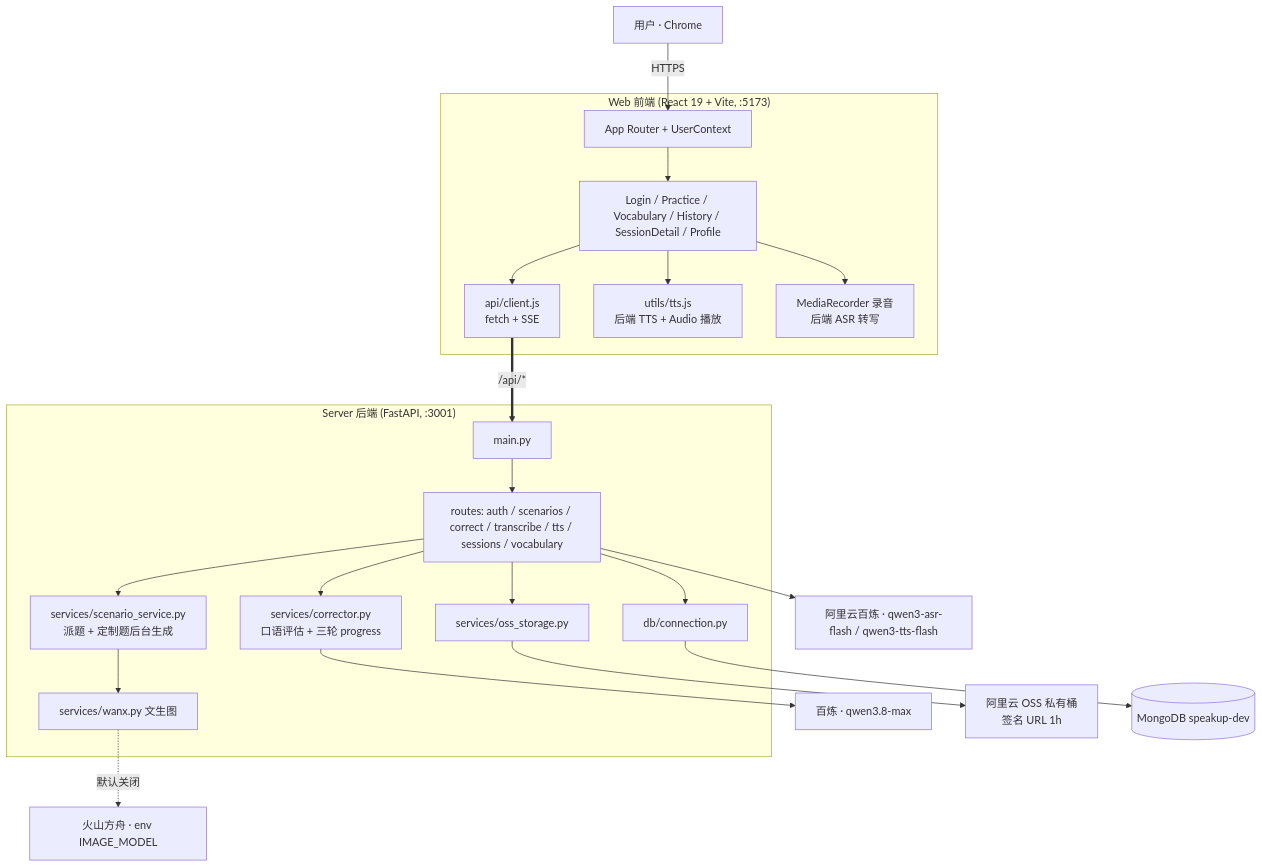
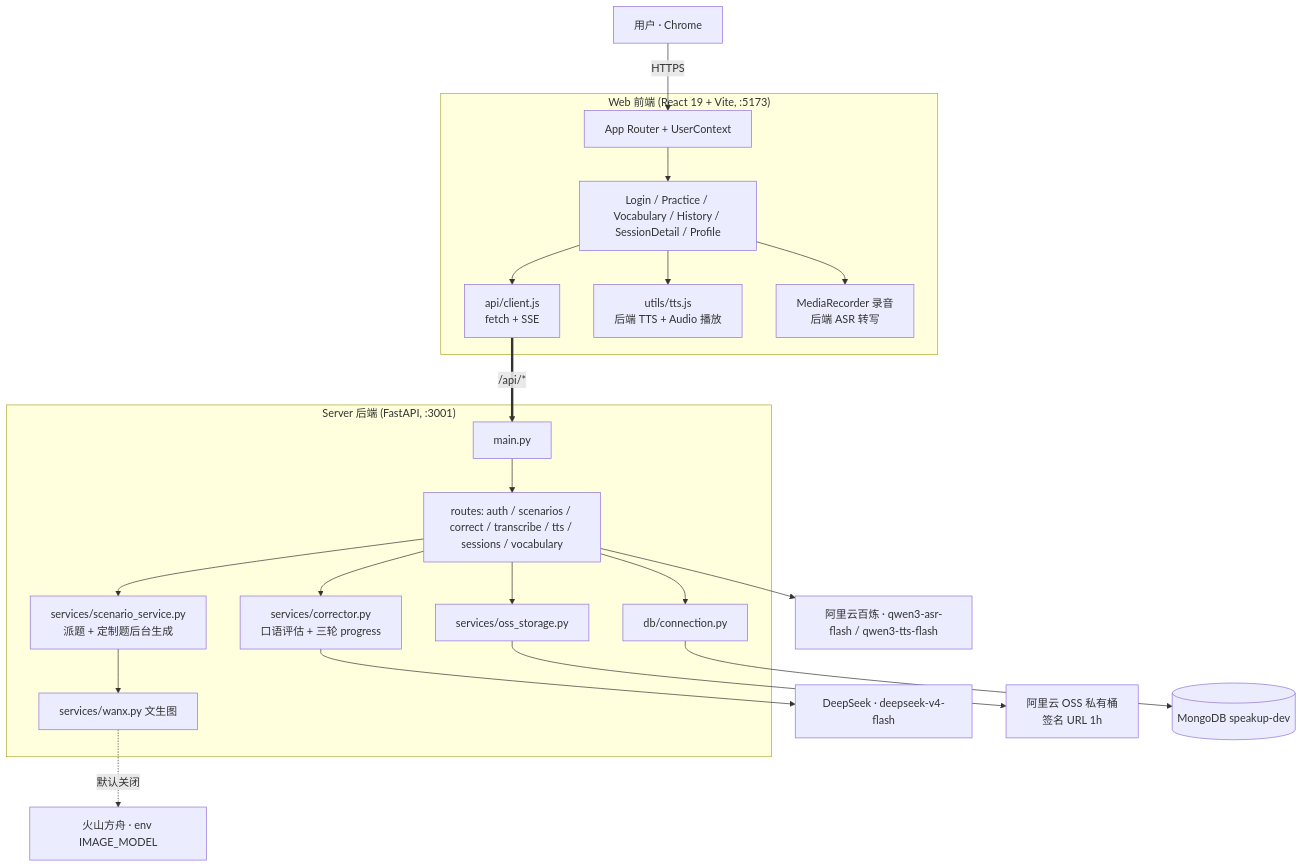
Before and after one commit to makewheels/speakup: the first of 2 diagrams in docs/README.md, drawn with Mermaid. The commit also changed 9 other files, not shown here.

Commit message:
chore: 生产 CHAT 切到 DeepSeek 新 flash（deepseek-v4-flash，0731 重新后训练）

````diff
--- a/docs/README.md
+++ b/docs/README.md
@@ -7,28 +7,28 @@
 ```mermaid
 graph TB
     User[用户 · Chrome] -->|HTTPS| Web
 
     subgraph "Web 前端 (React 19 + Vite, :5173)"
         Web[App Router + UserContext] --> Pages[Login / Practice / Vocabulary / History / SessionDetail / Profile]
         Pages --> Client[api/client.js<br/>fetch + SSE]
         Pages --> TTS[utils/tts.js<br/>后端 TTS + Audio 播放]
         Pages --> SR[MediaRecorder 录音<br/>后端 ASR 转写]
     end
 
     Client ==>|/api/*| API
 
     subgraph "Server 后端 (FastAPI, :3001)"
         API[main.py] --> R[routes: auth / scenarios / correct / transcribe / tts / sessions / vocabulary]
         R --> Corrector[services/corrector.py<br/>口语评估 + 三轮 progress]
         R --> Scen[services/scenario_service.py<br/>派题 + 定制题后台生成]
         Scen --> Wanx[services/wanx.py 文生图]
         R --> OSS[services/oss_storage.py]
         R --> DB[db/connection.py]
     end
 
-    Corrector --> ChatModel[百炼 · qwen3.8-max]
+    Corrector --> ChatModel[DeepSeek · deepseek-v4-flash]
     R --> Voice[阿里云百炼 · qwen3-asr-flash / qwen3-tts-flash]
     Wanx -.默认关闭.-> Seedream[火山方舟 · env IMAGE_MODEL]
     OSS --> Aliyun[阿里云 OSS 私有桶<br/>签名 URL 1h]
     DB --> Mongo[(MongoDB speakup-dev)]
 ```
````
